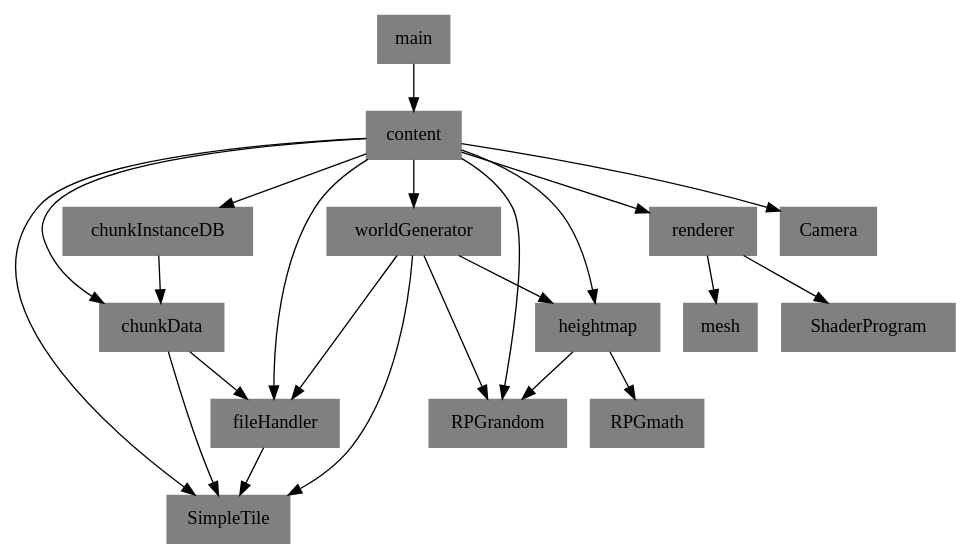
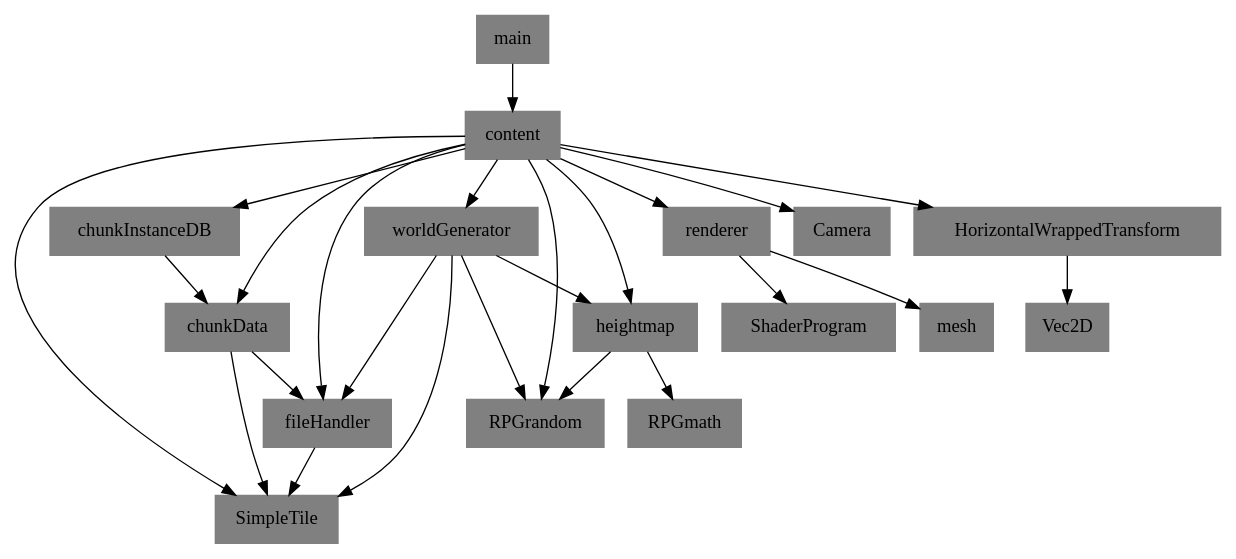
Before and after one commit to pebble225/RPG-Game: the diagram in g.gv, drawn with Graphviz. The commit also changed 10 other files, not shown here.

```diff
--- a/g.gv
+++ b/g.gv
@@ -1,21 +1,23 @@
 digraph g {
 	node [shape=box, style=filled, color=gray]
 
 	overlap=false;
 
 	main -> content
 
-	content -> {SimpleTile, chunkData, fileHandler, renderer, RPGrandom, heightmap, worldGenerator, chunkInstanceDB, Camera}
+	content -> {SimpleTile, chunkData, fileHandler, renderer, RPGrandom, heightmap, worldGenerator, chunkInstanceDB, Camera, HorizontalWrappedTransform}
 
 	chunkData -> {SimpleTile, fileHandler}
 
 	fileHandler -> SimpleTile
 
 	renderer -> {mesh, ShaderProgram}
 
 	heightmap -> {RPGmath, RPGrandom}
 
 	worldGenerator -> {heightmap, SimpleTile, RPGrandom, fileHandler}
 
+	HorizontalWrappedTransform -> {Vec2D}
+
 	chunkInstanceDB -> chunkData
 }
```
